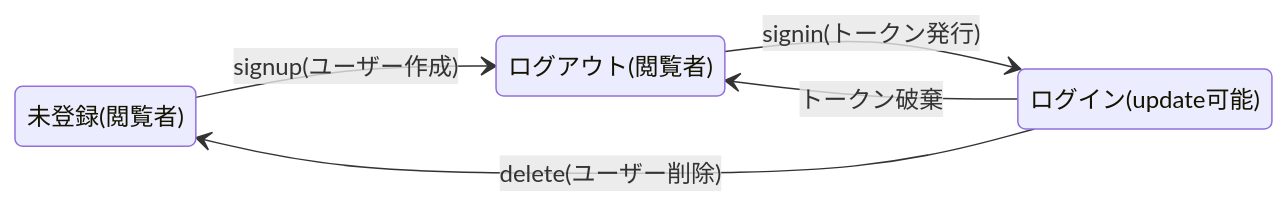
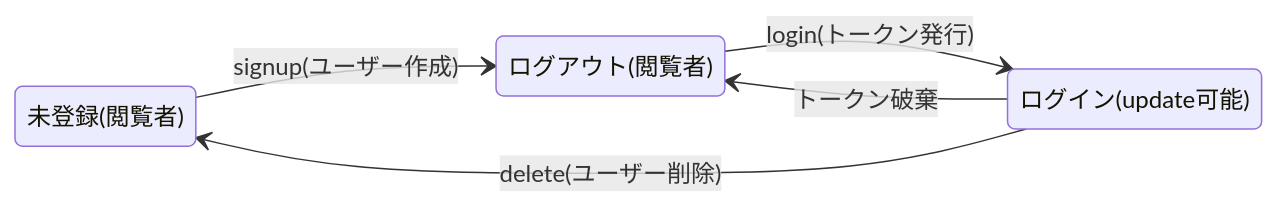
One commit to kentaroh7777/soshoku-kakin2 changed the second of 3 diagrams in doc/api/user.md. Above: the diagram before and after it, drawn with Mermaid. The commit also changed other lines of this file and 30 other files, not shown here.

````diff
--- a/doc/api/user.md
+++ b/doc/api/user.md
@@ -40,11 +40,11 @@
 ```mermaid
 stateDiagram-v2
     direction LR
     s1 : 未登録(閲覧者)
     s2 : ログアウト(閲覧者)
     s3 : ログイン(update可能)
     s1 --> s2 : signup(ユーザー作成)
-    s2 --> s3 : signin(トークン発行)
+    s2 --> s3 : login(トークン発行)
     s3 --> s2 : トークン破棄
     s3 --> s1 : delete(ユーザー削除)
 ```
````
